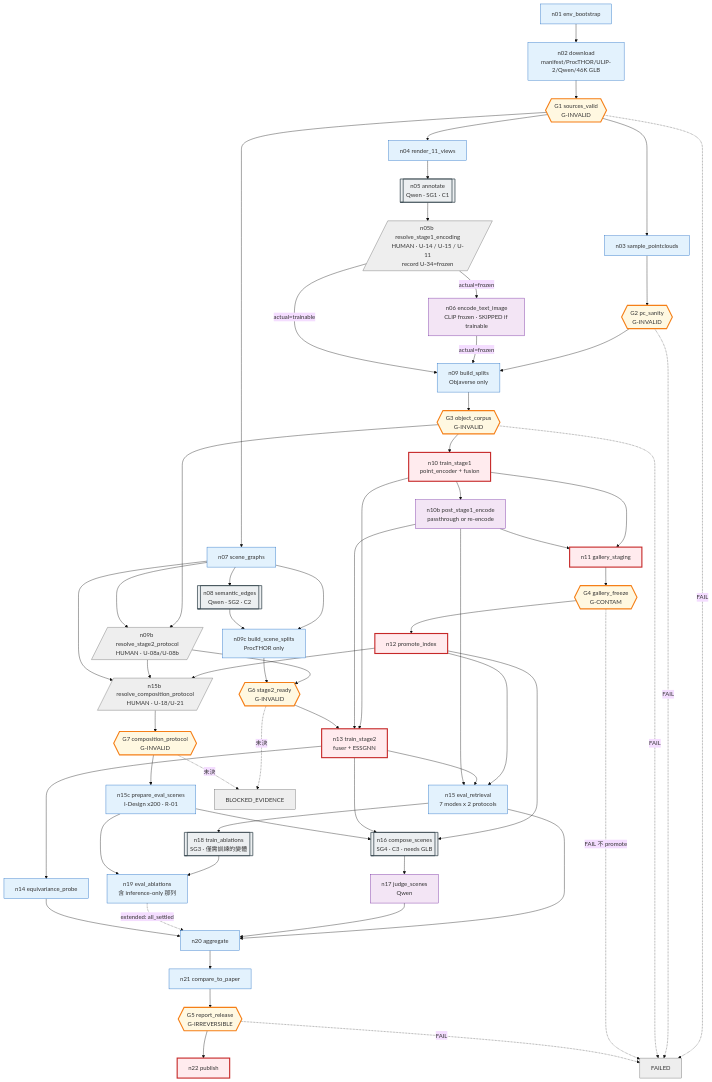
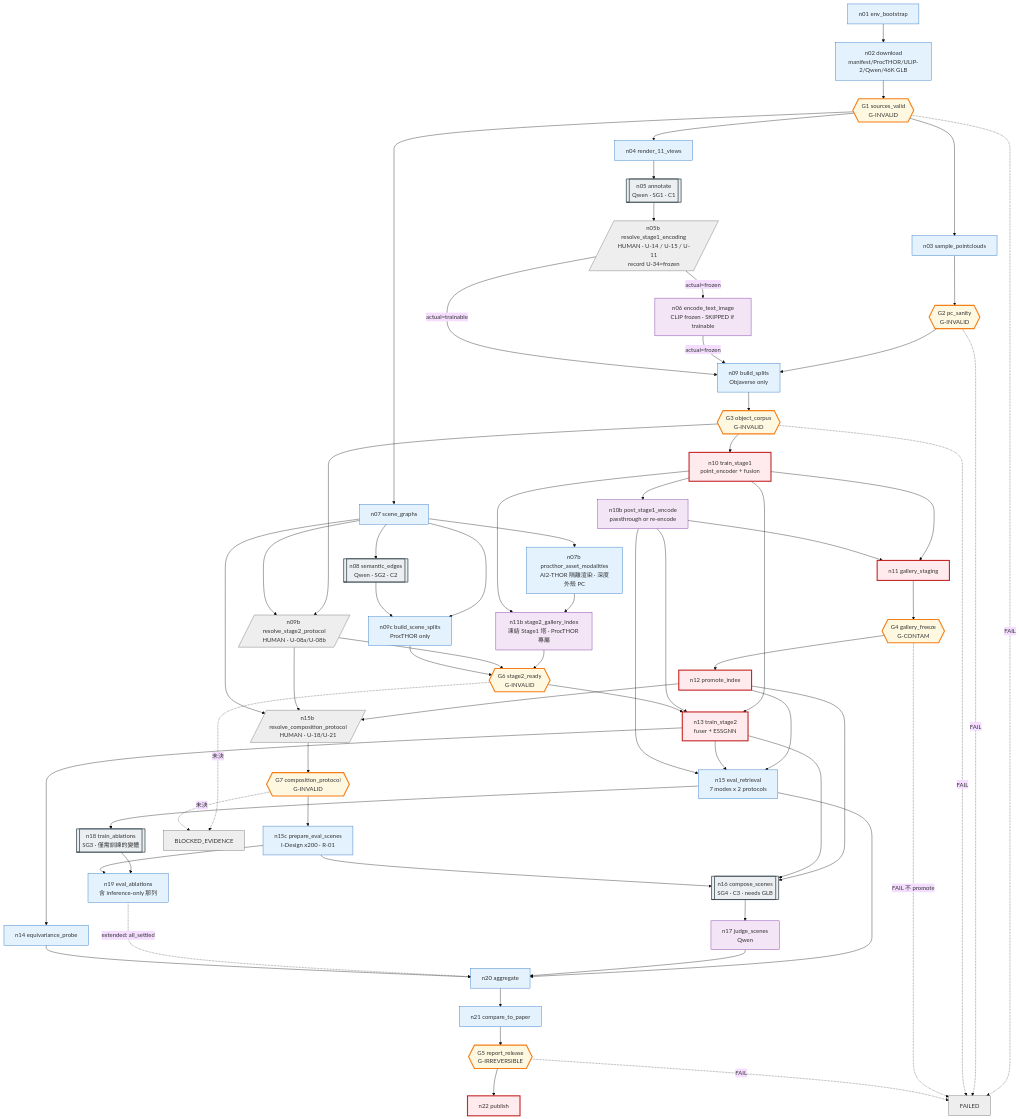
One commit to Kyzen5128/MetaFindV1 changed the diagram in docs/graph/01_GRAPH_SPEC.md. Above: the diagram before and after it, drawn with Mermaid (base theme). The commit also changed other lines of this file and 7 other files, not shown here.

````diff
--- a/docs/graph/01_GRAPH_SPEC.md
+++ b/docs/graph/01_GRAPH_SPEC.md
@@ -452,72 +454,76 @@
 ```mermaid
 graph TD
   classDef compute  fill:#e3f2fd,stroke:#1565c0
   classDef model    fill:#f3e5f5,stroke:#6a1b9a
   classDef mutate   fill:#ffebee,stroke:#c62828,stroke-width:3px
   classDef gate     fill:#fff8e1,stroke:#f57f17,stroke-width:3px
   classDef sub      fill:#eceff1,stroke:#37474f,stroke-width:2px
   classDef term     fill:#eeeeee,stroke:#616161
 
   n01[n01 env_bootstrap]:::compute --> n02[n02 download<br/>manifest/ProcTHOR/ULIP-2/Qwen/46K GLB]:::compute
   n02 --> G1{{G1 sources_valid<br/>G-INVALID}}:::gate
   G1 --> n03[n03 sample_pointclouds]:::compute
   G1 --> n04[n04 render_11_views]:::compute
   G1 --> n07[n07 scene_graphs]:::compute
   n03 --> G2{{G2 pc_sanity<br/>G-INVALID}}:::gate
   n04 --> n05[[n05 annotate<br/>Qwen · SG1 · C1]]:::sub
   n07 --> n08[[n08 semantic_edges<br/>Qwen · SG2 · C2]]:::sub
+  n07 --> n07b[n07b procthor_asset_modalities<br/>AI2-THOR 隔離渲染 · 深度外殼 PC]:::compute
+  n07b --> n11b[n11b stage2_gallery_index<br/>凍結 Stage1 塔 · ProcTHOR 專屬]:::model
+  n10 --> n11b
+  n11b --> G6
   G2 --> n09[n09 build_splits<br/>Objaverse only]:::compute
   n05 --> n05b[/n05b resolve_stage1_encoding<br/>HUMAN · U-14 / U-15 / U-11<br/>record U-34=frozen/]:::term
   n05b -->|actual=frozen| n06[n06 encode_text_image<br/>CLIP frozen · SKIPPED if trainable]:::model
   n06 -->|actual=frozen| n09
   n05b -->|actual=trainable| n09
   n07 --> n09c[n09c build_scene_splits<br/>ProcTHOR only]:::compute
   n08 --> n09c
   n09 --> G3{{G3 object_corpus<br/>G-INVALID}}:::gate
   G3 --> n10[n10 train_stage1<br/>point_encoder + fusion]:::mutate
   G3 --> n09b[/n09b resolve_stage2_protocol<br/>HUMAN · U-08a/U-08b/]:::term
   n07 --> n09b
   n09b --> G6{{G6 stage2_ready<br/>G-INVALID}}:::gate
   n09c --> G6
   n10 --> n10b[n10b post_stage1_encode<br/>passthrough or re-encode]:::model
   n10 --> n11[n11 gallery_staging]:::mutate
   n10b --> n11
   n11 --> G4{{G4 gallery_freeze<br/>G-CONTAM}}:::gate
   G4 --> n12[n12 promote_index]:::mutate
   n10 --> n13[n13 train_stage2<br/>fuser + ESSGNN]:::mutate
   n10b --> n13
   G6 --> n13
   n13 --> n14[n14 equivariance_probe]:::compute
   n12 --> n15[n15 eval_retrieval<br/>7 modes x 2 protocols]:::compute
   n13 --> n15
   n10b --> n15
   n12 --> n15b[/n15b resolve_composition_protocol<br/>HUMAN · U-18/U-21/]:::term
   n09b --> n15b
   n07 --> n15b
   n15b --> G7{{G7 composition_protocol<br/>G-INVALID}}:::gate
   G7 --> n15c[n15c prepare_eval_scenes<br/>I-Design x200 · R-01]:::compute
   n12 --> n16[[n16 compose_scenes<br/>SG4 · C3 · needs GLB]]:::sub
   n13 --> n16
   n15c --> n16
   n16 --> n17[n17 judge_scenes<br/>Qwen]:::model
   n15 --> n18[[n18 train_ablations<br/>SG3 · 僅需訓練的變體]]:::sub
   n18 --> n19[n19 eval_ablations<br/>含 inference-only 那列]:::compute
   n15c --> n19
   n15 --> n20[n20 aggregate]:::compute
   n17 --> n20
   n19 -.->|extended: all_settled| n20
   n14 --> n20
   n20 --> n21[n21 compare_to_paper]:::compute
   n21 --> G5{{G5 report_release<br/>G-IRREVERSIBLE}}:::gate
   G5 --> n22[n22 publish]:::mutate
 
   HALT[FAILED]:::term
   BLOCK[BLOCKED_EVIDENCE]:::term
   G1 -.->|FAIL| HALT
   G2 -.->|FAIL| HALT
   G3 -.->|FAIL| HALT
   G4 -.->|FAIL 不 promote| HALT
   G5 -.->|FAIL| HALT
   G6 -.->|未決| BLOCK
   G7 -.->|未決| BLOCK
 ```
````
